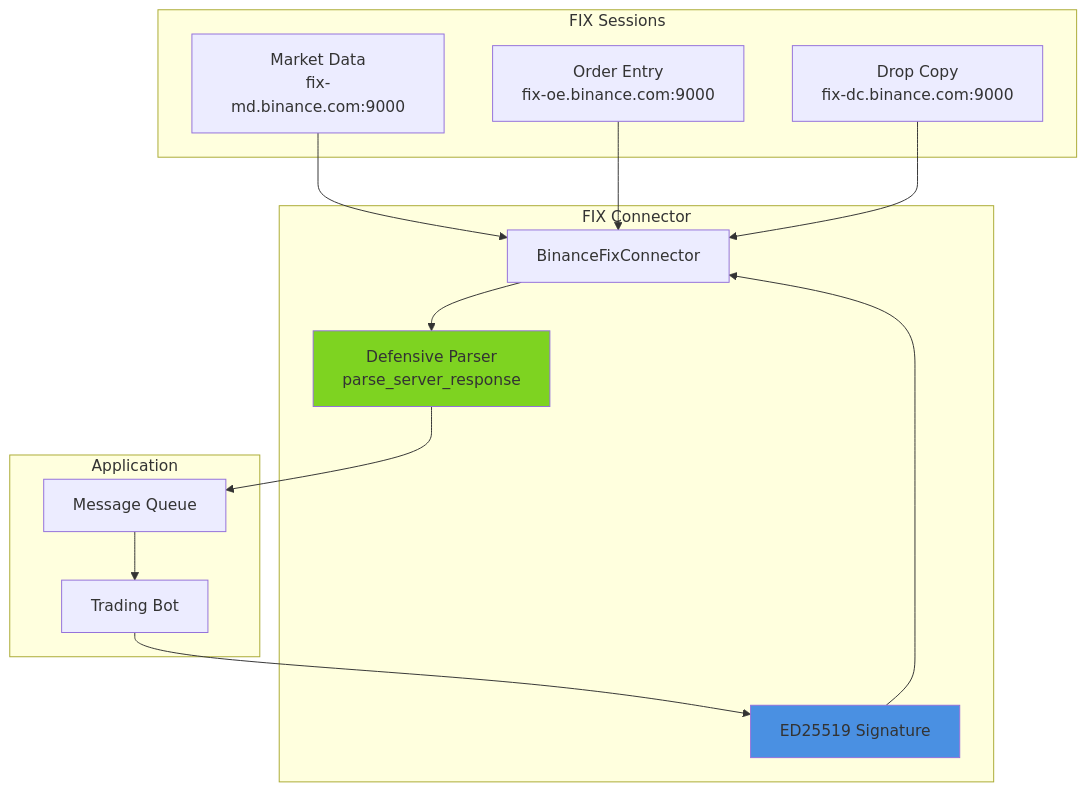
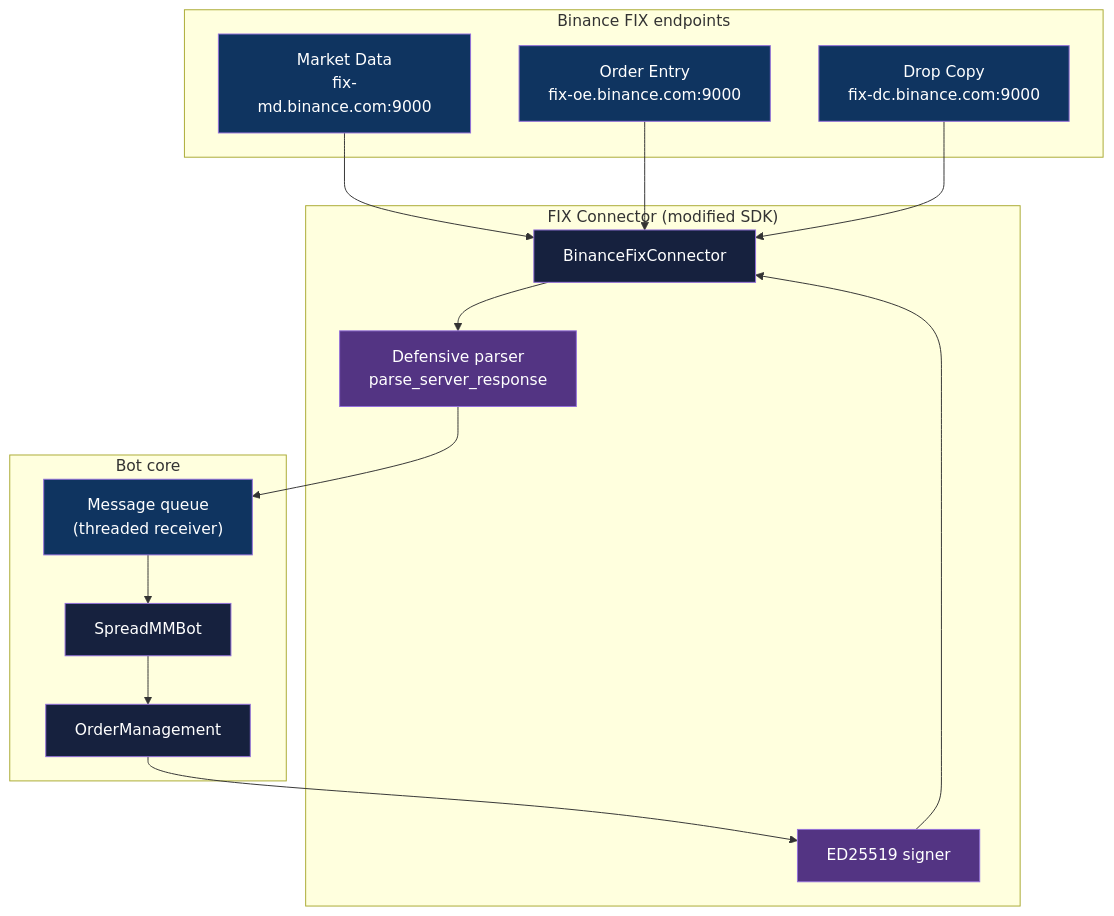
One commit to adityonugrohoid/ratu-fix-bot changed the first of 3 diagrams in README.md. Above: the diagram before and after it, drawn with Mermaid. The commit also changed other lines of this file, not shown here.

````diff
--- a/README.md
+++ b/README.md
@@ -23,28 +65,40 @@
 ```mermaid
-flowchart TB
-    subgraph "FIX Sessions"
+graph TD
+    subgraph "Binance FIX endpoints"
         MD["Market Data<br/>fix-md.binance.com:9000"]
         OE["Order Entry<br/>fix-oe.binance.com:9000"]
         DC["Drop Copy<br/>fix-dc.binance.com:9000"]
     end
-    
-    subgraph "FIX Connector"
+
+    subgraph "FIX Connector (modified SDK)"
         CONN["BinanceFixConnector"]
-        PARSER["Defensive Parser<br/>parse_server_response"]
-        AUTH["ED25519 Signature"]
+        PARSER["Defensive parser<br/>parse_server_response"]
+        AUTH["ED25519 signer"]
     end
-    
-    subgraph "Application"
-        BOT["Trading Bot"]
-        QUEUE["Message Queue"]
+
+    subgraph "Bot core"
+        BOT["SpreadMMBot"]
+        OM["OrderManagement"]
+        QUEUE["Message queue<br/>(threaded receiver)"]
     end
-    
+
     MD --> CONN
     OE --> CONN
     DC --> CONN
-    CONN --> PARSER --> QUEUE --> BOT
-    BOT --> AUTH --> CONN
-    
-    style PARSER fill:#7ED321
-    style AUTH fill:#4A90E2
+    CONN --> PARSER
+    PARSER --> QUEUE
+    QUEUE --> BOT
+    BOT --> OM
+    OM --> AUTH
+    AUTH --> CONN
+
+    style MD fill:#0f3460,color:#fff
+    style OE fill:#0f3460,color:#fff
+    style DC fill:#0f3460,color:#fff
+    style CONN fill:#16213e,color:#fff
+    style PARSER fill:#533483,color:#fff
+    style AUTH fill:#533483,color:#fff
+    style BOT fill:#16213e,color:#fff
+    style OM fill:#16213e,color:#fff
+    style QUEUE fill:#0f3460,color:#fff
 ```
````
